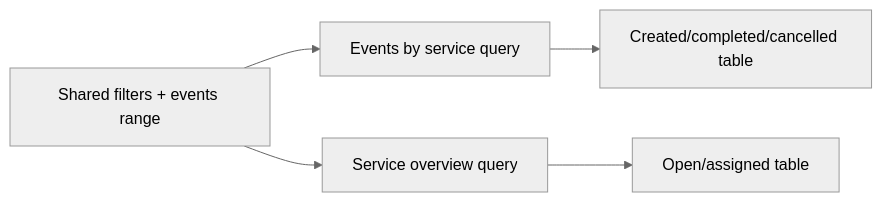
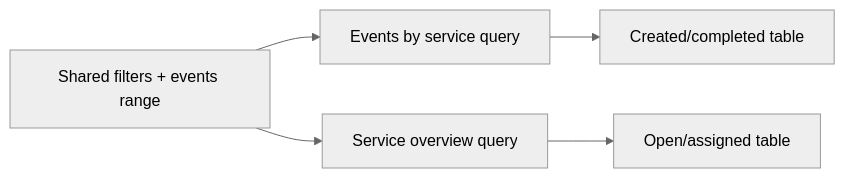
One commit to hmcts/wa-reporting-frontend changed the diagram in docs/functional/overview-dashboard.md. Above: the diagram before and after it, drawn with Mermaid (neutral theme). The commit also changed other lines of this file and 112 other files, not shown here.

````diff
--- a/docs/functional/overview-dashboard.md
+++ b/docs/functional/overview-dashboard.md
@@ -44,7 +46,7 @@
 ```mermaid
 flowchart LR
   Filters["Shared filters + events range"] --> Events["Events by service query"]
   Filters --> Overview["Service overview query"]
   Overview --> OverviewTable["Open/assigned table"]
-  Events --> EventsTable["Created/completed/cancelled table"]
+  Events --> EventsTable["Created/completed table"]
 ```
````
